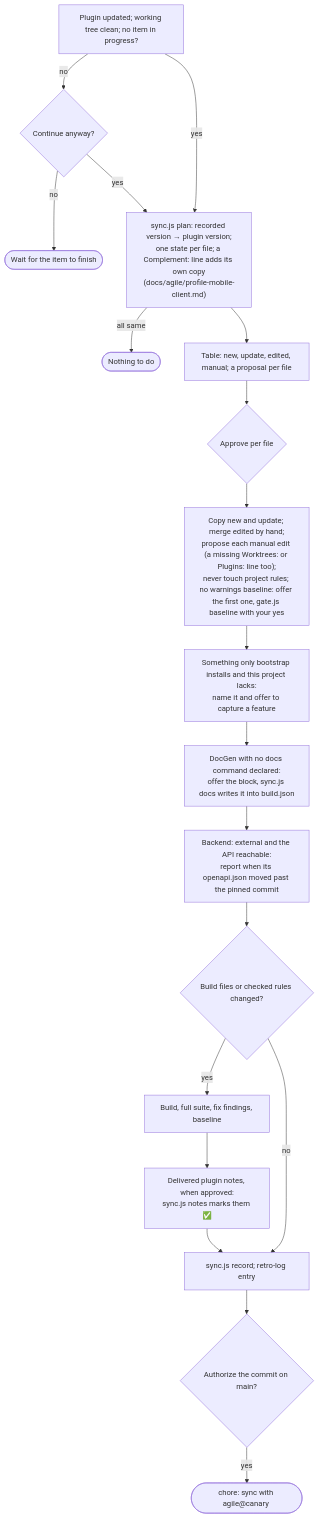
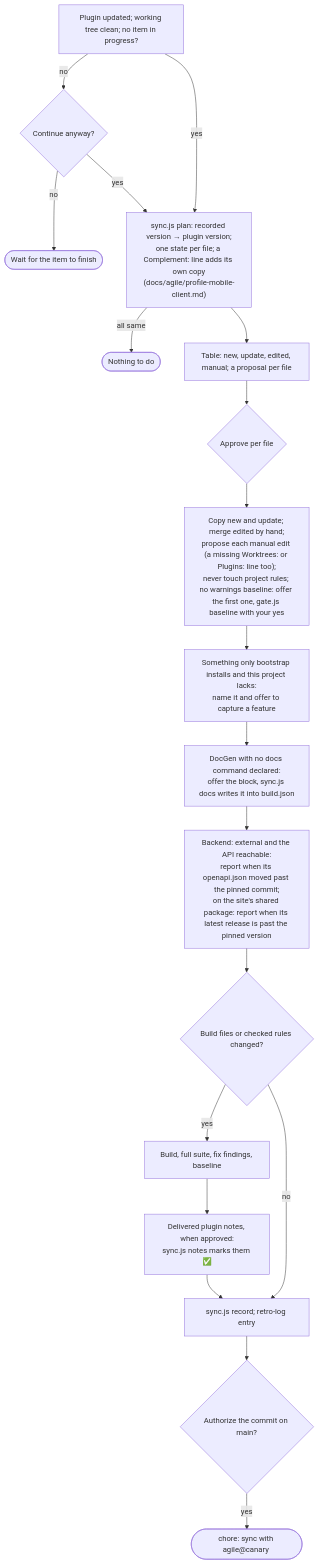
Diagram 16 of 20 in docs/agile/workflow.md (alexcanario/simulab), drawn with Mermaid before and after one commit. The commit also changed other lines of this file and 11 other files, not shown here.

````diff
--- a/docs/agile/workflow.md
+++ b/docs/agile/workflow.md
@@ -2218,21 +2430,21 @@
 ```mermaid
 flowchart TD
     A["Plugin updated; working tree clean; no item in progress?"] -->|no| A1{"Continue anyway?"}
     A1 -->|no| A2(["Wait for the item to finish"])
     A -->|yes| B["sync.js plan: recorded version → plugin version;<br/>one state per file; a Complement: line adds its own copy<br/>(docs/agile/profile-mobile-client.md)"]
     A1 -->|yes| B
     B -->|all same| B1(["Nothing to do"])
     B --> C["Table: new, update, edited, manual; a proposal per file"]
     C --> D{"Approve per file"}
     D --> E["Copy new and update; merge edited by hand;<br/>propose each manual edit (a missing Worktrees: or Plugins: line too);<br/>never touch project rules; no warnings baseline: offer the first one, gate.js baseline with your yes"]
     E --> E2["Something only bootstrap installs and this project lacks:<br/>name it and offer to capture a feature"]
     E2 --> E3["DocGen with no docs command declared:<br/>offer the block, sync.js docs writes it into build.json"]
-    E3 --> E4["Backend: external and the API reachable:<br/>report when its openapi.json moved past the pinned commit"]
+    E3 --> E4["Backend: external and the API reachable:<br/>report when its openapi.json moved past the pinned commit;<br/>on the site's shared package: report when its latest release is past the pinned version"]
     E4 --> F{"Build files or checked rules changed?"}
     F -->|yes| G["Build, full suite, fix findings, baseline"]
     F -->|no| H
     G --> G2["Delivered plugin notes, when approved:<br/>sync.js notes marks them ✅"]
     G2 --> H["sync.js record; retro-log entry"]
     H --> I{"Authorize the commit on main?"}
     I -->|yes| J(["chore: sync with agile@canary <version>"])
 ```
````
